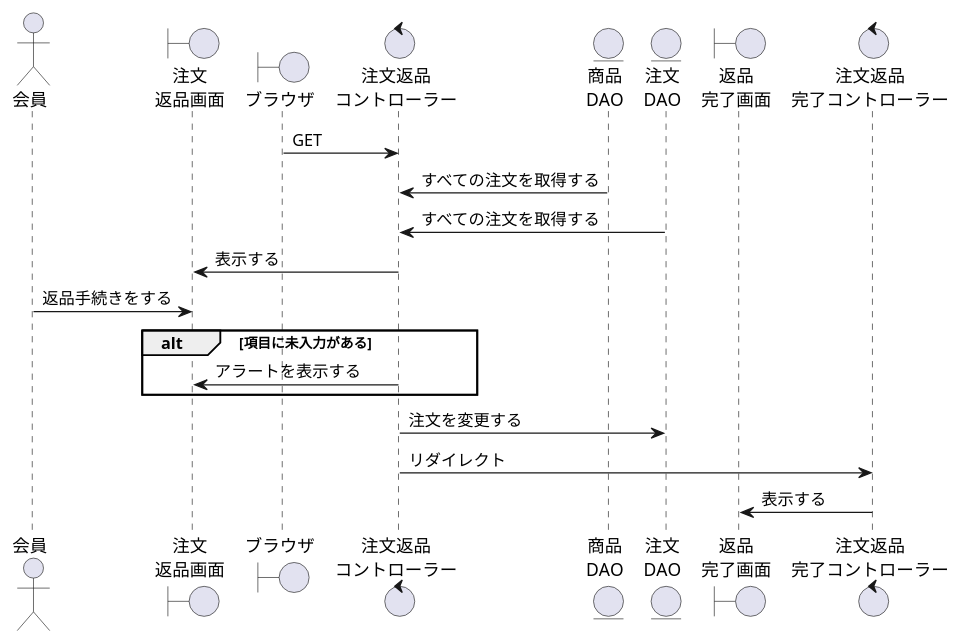
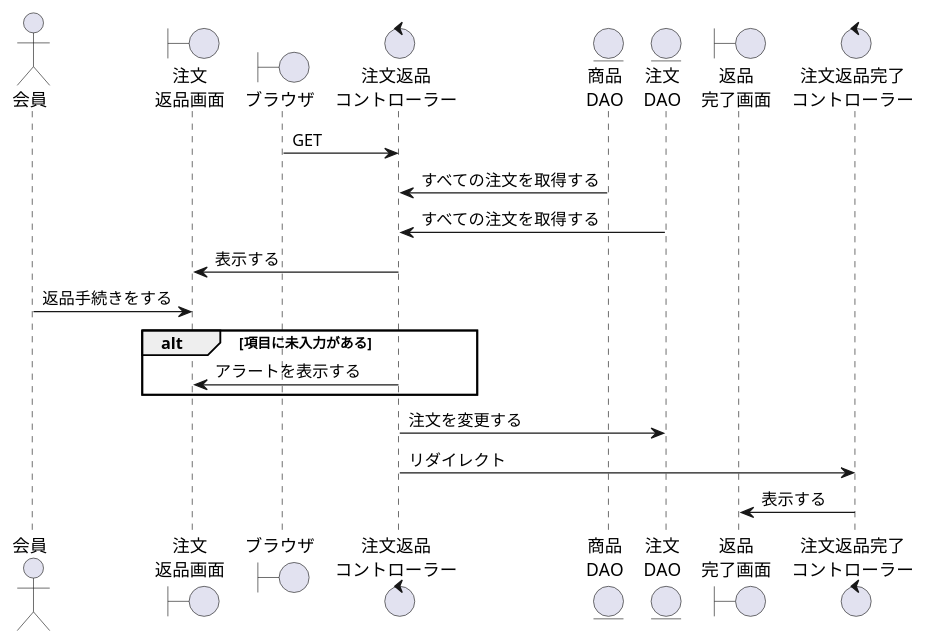
Before and after one commit to ysyk-wtnb16/team_D: the diagram in BBショップ/返品.wsd, drawn with PlantUML.

```diff
--- a/BBショップ/返品.wsd
+++ b/BBショップ/返品.wsd
@@ -1,30 +1,30 @@
 @startuml return
 ' ①縦軸の並び順を決める
 actor "会員" as act
 boundary "注文\n返品画面" as orb
 ' コントローラーに初回アクセスするもの
 boundary "ブラウザ" as brz
 ' コントローラーまたはビューの名称を決める
 control "注文返品\nコントローラー" as orc
 ' DAOまたはモデルとなる
 entity "商品\nDAO" as pdt
 entity "注文\nDAO" as order
 boundary "返品\n完了画面" as orkb
-control "注文返品\n完了コントローラー" as orkc
+control "注文返品完了\nコントローラー" as orkc
 
 brz -> orc: GET
 orc <- pdt:すべての注文を取得する
 orc <- order:すべての注文を取得する
 orb <- orc:表示する
 act -> orb:返品手続きをする
 
 
 alt 項目に未入力がある
     orb <- orc:アラートを表示する
 end
 
 orc -> order: 注文を変更する
 orc -> orkc: リダイレクト
 orkb <- orkc:表示する
 
 @enduml
```
